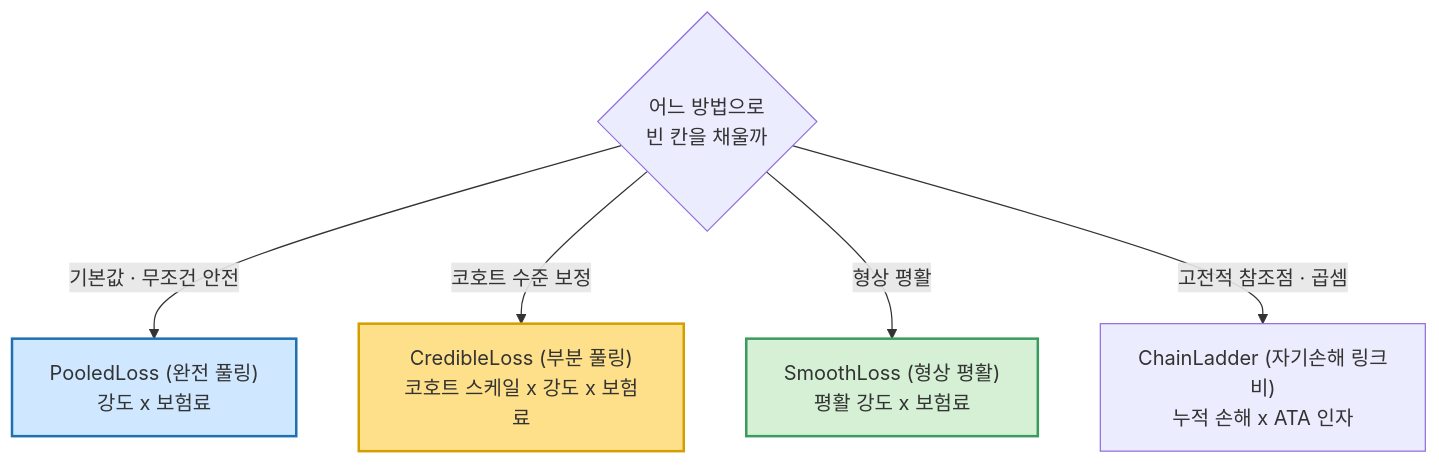
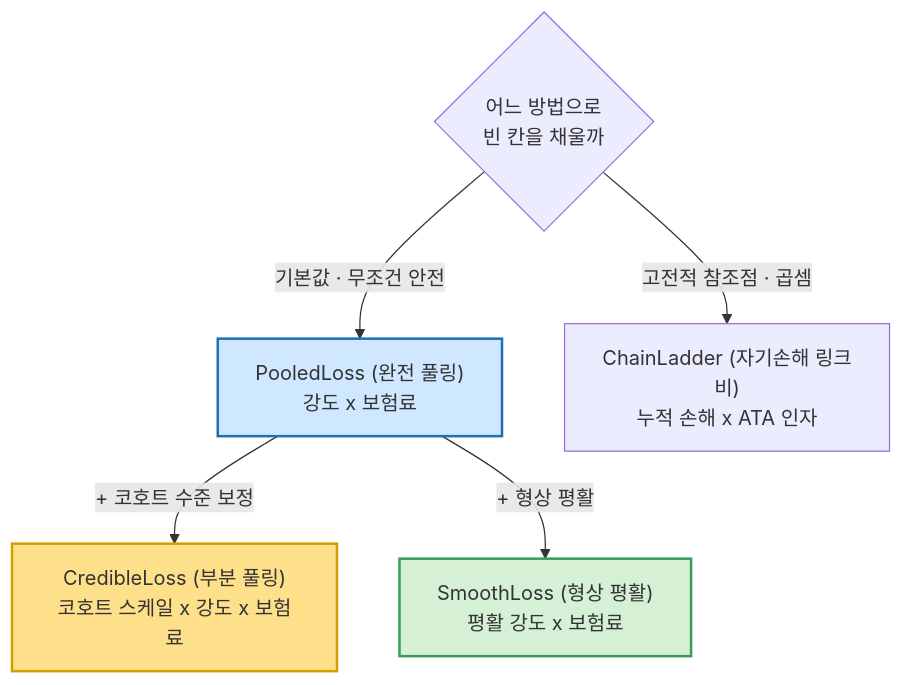
One commit to seokhoonj/lossratio changed the diagram in docs/tutorial/04-projection.md. Above: the diagram before and after it, drawn with Mermaid.

Commit message:
docs: show Credible and Smooth branching off PooledLoss in the projection diagram
PooledLoss is the base; CredibleLoss (level) and SmoothLoss (shape) extend it,
so edge them from pooled rather than from the decision node. ChainLadder stays
a separate branch off the question as the multiplicative benchmark. Forward
edges only -- keeps the relationships visible without skewing the layout.

````diff
--- a/docs/tutorial/04-projection.md
+++ b/docs/tutorial/04-projection.md
@@ -36,11 +36,11 @@
 ```{mermaid}
 flowchart TD
   Q{"어느 방법으로<br/>빈 칸을 채울까"}
   Q -->|"기본값 · 무조건 안전"| pooled["PooledLoss (완전 풀링)<br/>강도 x 보험료"]
-  Q -->|"코호트 수준 보정"| credible["CredibleLoss (부분 풀링)<br/>코호트 스케일 x 강도 x 보험료"]
-  Q -->|"형상 평활"| smooth["SmoothLoss (형상 평활)<br/>평활 강도 x 보험료"]
+  pooled -->|"+ 코호트 수준 보정"| credible["CredibleLoss (부분 풀링)<br/>코호트 스케일 x 강도 x 보험료"]
+  pooled -->|"+ 형상 평활"| smooth["SmoothLoss (형상 평활)<br/>평활 강도 x 보험료"]
   Q -->|"고전적 참조점 · 곱셈"| linkratio["ChainLadder (자기손해 링크비)<br/>누적 손해 x ATA 인자"]
   style pooled fill:#cfe8ff,stroke:#1f6fb2,stroke-width:2px
   style credible fill:#ffe08a,stroke:#d39e00,stroke-width:2px
   style smooth fill:#d5f0d5,stroke:#3a9b5c,stroke-width:2px
 ```
````
